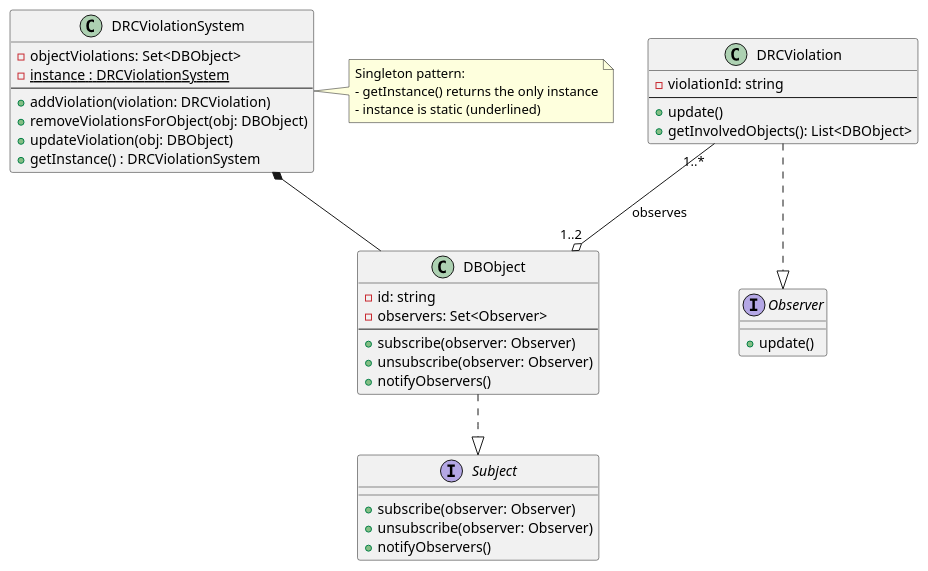
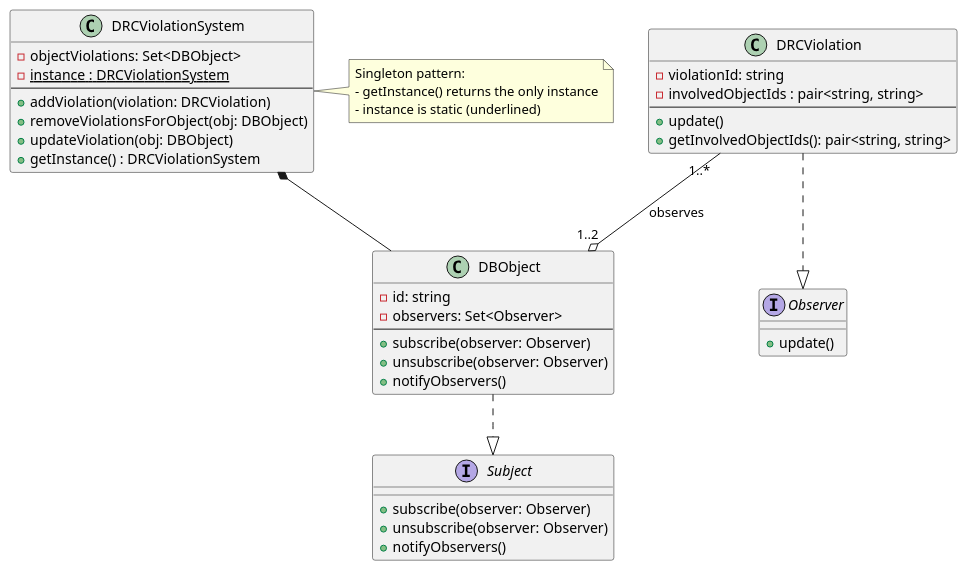
Before and after one commit to detective-sokka/DRCViolationSystem: the diagram in design/design.plantuml, drawn with PlantUML. The commit also changed 1 other file, not shown here.

Commit message:
Update the design to use pair to store objects in DRCViolation.

```diff
--- a/design/design.plantuml
+++ b/design/design.plantuml
@@ -1,51 +1,52 @@
 @startuml
 ' Interfaces
 interface Observer {
     +update()
 }
 
 interface Subject {
     +subscribe(observer: Observer)
     +unsubscribe(observer: Observer)
     +notifyObservers()
 }
 
 ' Core domain classes
 class DBObject {
     -id: string    
     -observers: Set<Observer>   
     --
     +subscribe(observer: Observer)
     +unsubscribe(observer: Observer)
     +notifyObservers()
 }
 
 class DRCViolation {    
     -violationId: string
+    -involvedObjectIds : pair<string, string>
     --
     +update()
-    +getInvolvedObjects(): List<DBObject>
+    +getInvolvedObjectIds(): pair<string, string>
 }
 
 class DRCViolationSystem {
     -objectViolations: Set<DBObject>
     -<u>instance : DRCViolationSystem</u>
     --
     +addViolation(violation: DRCViolation)
     +removeViolationsForObject(obj: DBObject)
     +updateViolation(obj: DBObject)
     +getInstance() : DRCViolationSystem    
 }
 
 DBObject ..|> Subject
 DRCViolation ..|> Observer
 DRCViolation "1..*" --o "1..2" DBObject : observes
 
 ' Composition and Singleton
 DRCViolationSystem *-- DBObject
 note right of DRCViolationSystem
   Singleton pattern:
   - getInstance() returns the only instance
   - instance is static (underlined)
 end note
 @enduml
```
